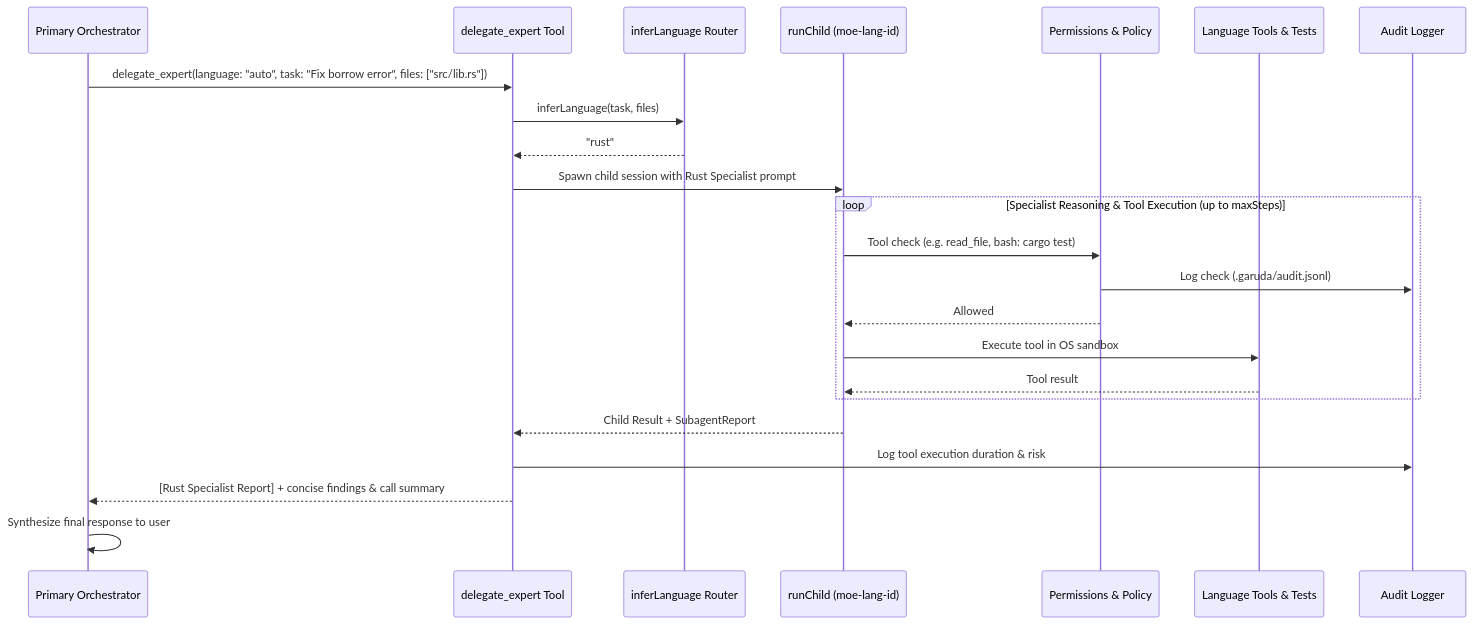
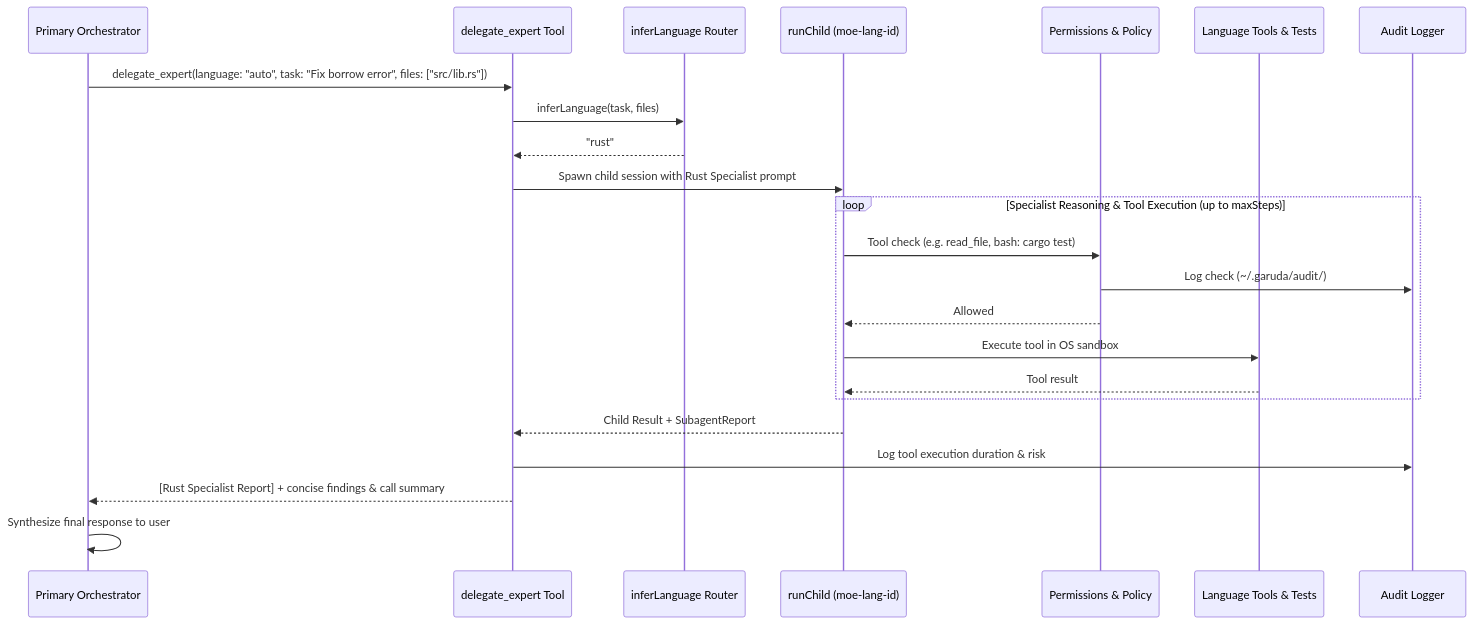
Before and after one commit to madhu-sv/garuda: the second of 5 diagrams in docs/lld/agents.md, drawn with Mermaid. The commit also changed other lines of this file and 12 other files, not shown here.

````diff
--- a/docs/lld/agents.md
+++ b/docs/lld/agents.md
@@ -88,26 +88,26 @@
 ```mermaid
 sequenceDiagram
   participant O as Primary Orchestrator
   participant D as delegate_expert Tool
   participant R as inferLanguage Router
   participant C as runChild (moe-lang-id)
   participant P as Permissions & Policy
   participant S as Language Tools & Tests
   participant A as Audit Logger
 
   O->>D: delegate_expert(language: "auto", task: "Fix borrow error", files: ["src/lib.rs"])
   D->>R: inferLanguage(task, files)
   R-->>D: "rust"
   D->>C: Spawn child session with Rust Specialist prompt
   loop Specialist Reasoning & Tool Execution (up to maxSteps)
     C->>P: Tool check (e.g. read_file, bash: cargo test)
-    P->>A: Log check (.garuda/audit.jsonl)
+    P->>A: Log check (~/.garuda/audit/)
     P-->>C: Allowed
     C->>S: Execute tool in OS sandbox
     S-->>C: Tool result
   end
   C-->>D: Child Result + SubagentReport
   D->>A: Log tool execution duration & risk
   D-->>O: [Rust Specialist Report] + concise findings & call summary
   O->>O: Synthesize final response to user
 ```
````
